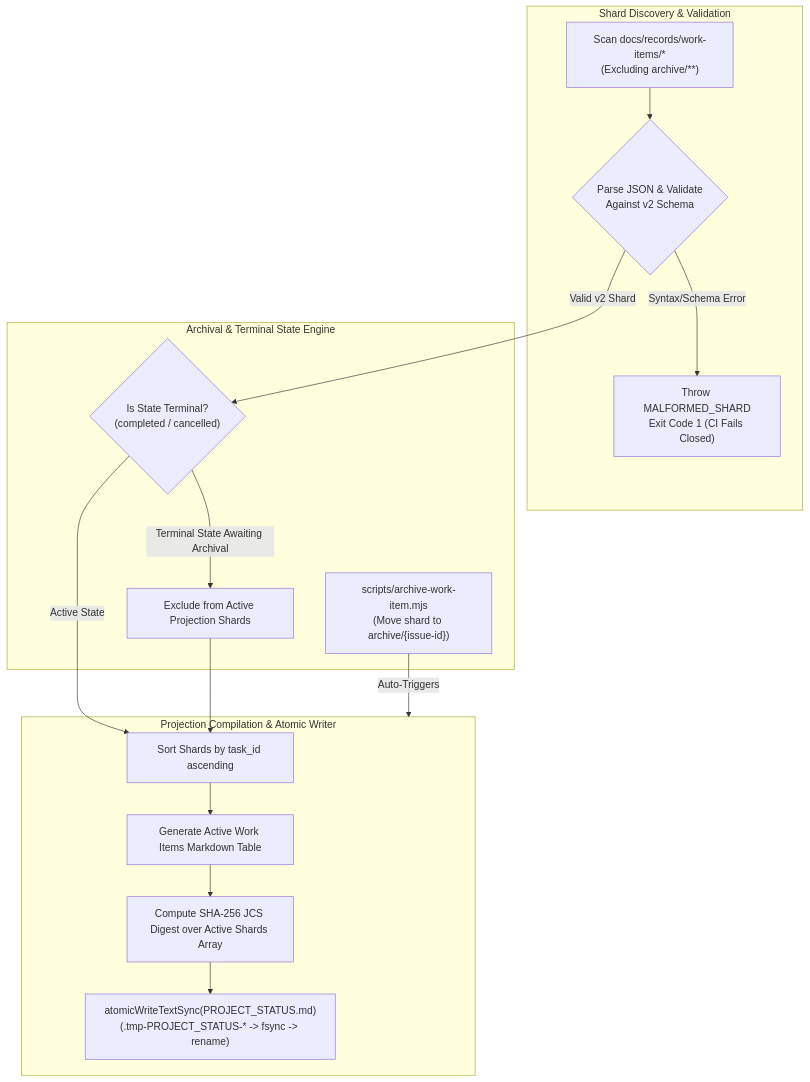
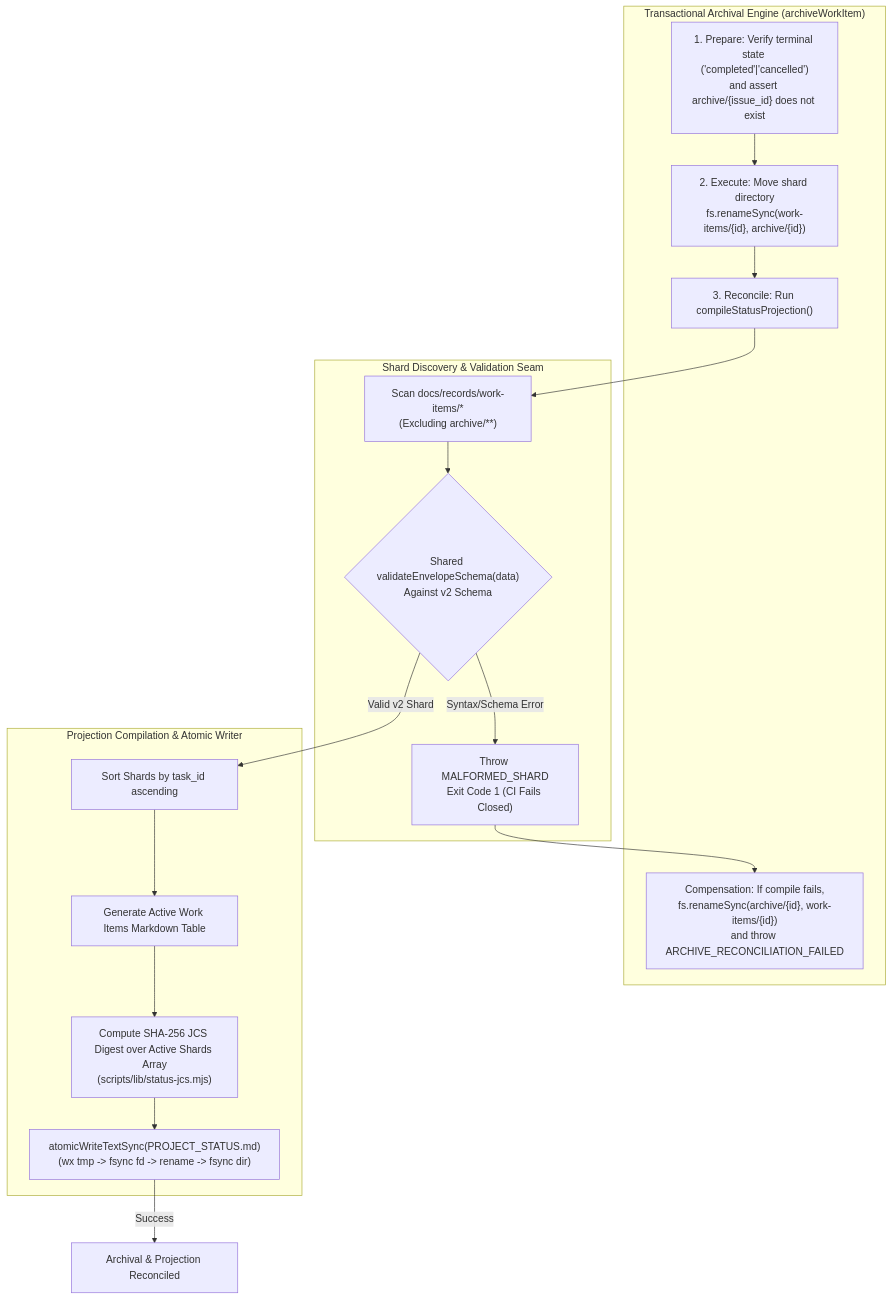
One commit to chakrits/AI-Agent-Workflow changed the second of 2 diagrams in docs/records/sdd/2026-09-12-control-plane-state-integrity-sdd.md. Above: the diagram before and after it, drawn with Mermaid. The commit also changed other lines of this file, not shown here.

Commit message:
docs: rework SDD for Issue #277 addressing maintainer review (#277)

````diff
--- a/docs/records/sdd/2026-09-12-control-plane-state-integrity-sdd.md
+++ b/docs/records/sdd/2026-09-12-control-plane-state-integrity-sdd.md
@@ -97,32 +114,34 @@
 ```mermaid
 flowchart TD
-    subgraph ShardDiscovery["Shard Discovery & Validation"]
-        SCAN["Scan docs/records/work-items/*\n(Excluding archive/**)"]
-        PARSE{"Parse JSON & Validate\nAgainst v2 Schema"}
-        SHARD_ERR["Throw MALFORMED_SHARD\nExit Code 1 (CI Fails Closed)"]
+    subgraph ArchivalExecution["Transactional Archival Engine (archiveWorkItem)"]
+        PREP["1. Prepare: Verify terminal state ('completed'|'cancelled')\nand assert archive/{issue_id} does not exist"]
+        EXEC["2. Execute: Move shard directory\nfs.renameSync(work-items/{id}, archive/{id})"]
+        RECON["3. Reconcile: Run compileStatusProjection()"]
+        COMP["Compensation: If compile fails,\nfs.renameSync(archive/{id}, work-items/{id})\nand throw ARCHIVE_RECONCILIATION_FAILED"]
     end
 
-    subgraph ArchivalReconciliation["Archival & Terminal State Engine"]
-        CHECK_TERM{"Is State Terminal?\n(completed / cancelled)"}
-        ARCHIVE_EXEC["scripts/archive-work-item.mjs\n(Move shard to archive/{issue-id})"]
-        EXCLUDE["Exclude from Active Projection Shards"]
+    subgraph ShardDiscovery["Shard Discovery & Validation Seam"]
+        SCAN["Scan docs/records/work-items/*\n(Excluding archive/**)"]
+        VALIDATE{"Shared validateEnvelopeSchema(data)\nAgainst v2 Schema"}
+        SHARD_ERR["Throw MALFORMED_SHARD\nExit Code 1 (CI Fails Closed)"]
     end
 
     subgraph ProjectionCompilation["Projection Compilation & Atomic Writer"]
         SORT["Sort Shards by task_id ascending"]
         GEN_TABLE["Generate Active Work Items Markdown Table"]
-        JCS_DIGEST["Compute SHA-256 JCS Digest over Active Shards Array"]
-        ATOMIC_TEXT["atomicWriteTextSync(PROJECT_STATUS.md)\n(.tmp-PROJECT_STATUS-* -> fsync -> rename)"]
+        JCS_DIGEST["Compute SHA-256 JCS Digest over Active Shards Array\n(scripts/lib/status-jcs.mjs)"]
+        ATOMIC_TEXT["atomicWriteTextSync(PROJECT_STATUS.md)\n(wx tmp -> fsync fd -> rename -> fsync dir)"]
     end
 
-    SCAN --> PARSE
-    PARSE -- Syntax/Schema Error --> SHARD_ERR
-    PARSE -- Valid v2 Shard --> CHECK_TERM
-    CHECK_TERM -- Active State --> SORT
-    CHECK_TERM -- Terminal State Awaiting Archival --> EXCLUDE
-    ARCHIVE_EXEC -->|Auto-Triggers| ProjectionCompilation
-    EXCLUDE --> SORT
+    PREP --> EXEC
+    EXEC --> RECON
+    RECON --> SCAN
+    SCAN --> VALIDATE
+    VALIDATE -- Syntax/Schema Error --> SHARD_ERR
+    SHARD_ERR --> COMP
+    VALIDATE -- Valid v2 Shard --> SORT
     SORT --> GEN_TABLE
     GEN_TABLE --> JCS_DIGEST
     JCS_DIGEST --> ATOMIC_TEXT
+    ATOMIC_TEXT -->|Success| ARCHIVE_DONE["Archival & Projection Reconciled"]
 ```
````
